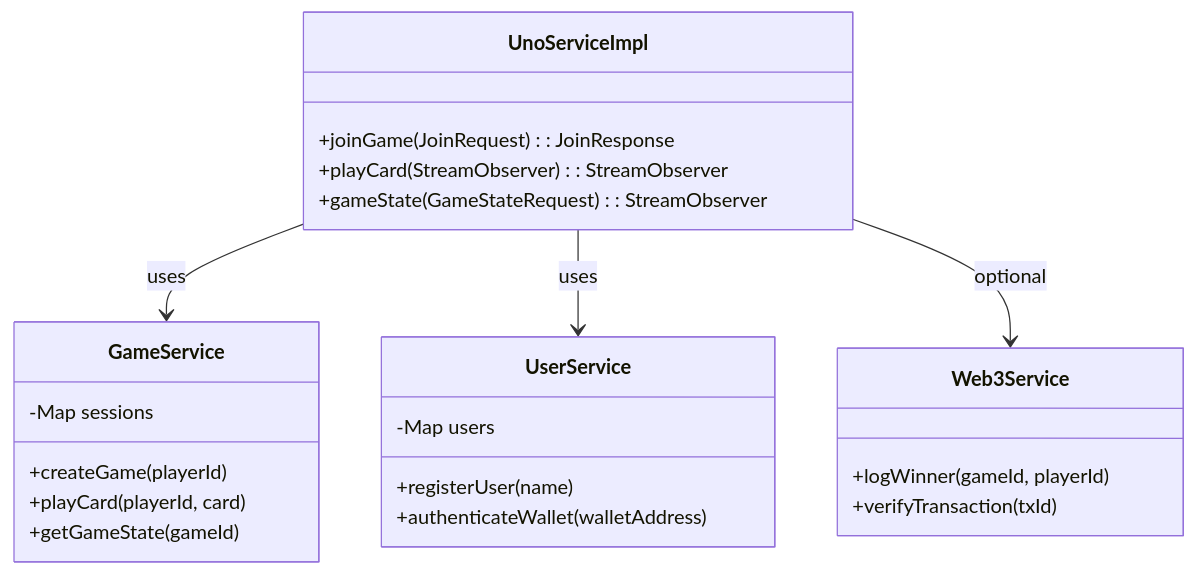
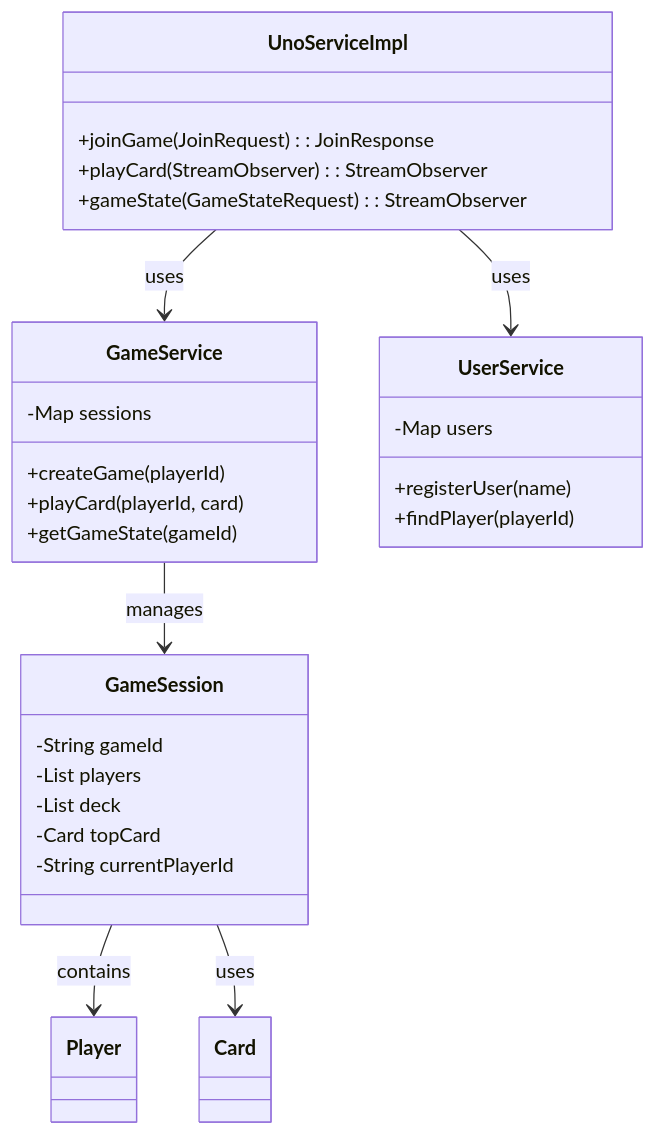
Before and after one commit to YashzAlphaGeek/FluxRPC: the first of 2 diagrams in uno-rpc/uno-backend/README.md, drawn with Mermaid. The commit also changed other lines of this file and 21 other files, not shown here.

Commit message:
initial uno adding of users (unary request)

````diff
--- a/uno-rpc/uno-backend/README.md
+++ b/uno-rpc/uno-backend/README.md
@@ -42,30 +40,35 @@
 ```mermaid
 classDiagram
     class UnoServiceImpl {
         +joinGame(JoinRequest) : JoinResponse
         +playCard(StreamObserver<PlayResponse>) : StreamObserver<PlayRequest>
         +gameState(GameStateRequest) : StreamObserver<GameStateResponse>
     }
 
     class GameService {
         -Map<String, GameSession> sessions
         +createGame(playerId)
         +playCard(playerId, card)
         +getGameState(gameId)
     }
 
     class UserService {
-        -Map<String, User> users
+        -Map<String, Player> users
         +registerUser(name)
-        +authenticateWallet(walletAddress)
+        +findPlayer(playerId)
     }
 
-    class Web3Service {
-        +logWinner(gameId, playerId)
-        +verifyTransaction(txId)
+    class GameSession {
+        -String gameId
+        -List<Player> players
+        -List<Card> deck
+        -Card topCard
+        -String currentPlayerId
     }
 
     UnoServiceImpl --> GameService : uses
     UnoServiceImpl --> UserService : uses
-    UnoServiceImpl --> Web3Service : optional
+    GameService --> GameSession : manages
+    GameSession --> Player : contains
+    GameSession --> Card : uses
 ```
````
